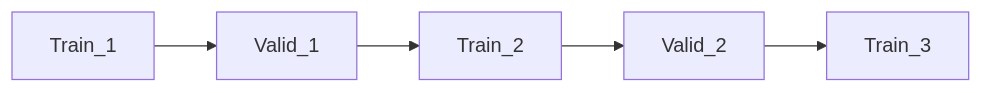
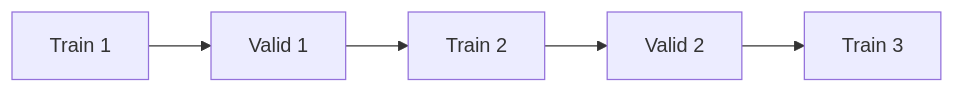
One commit to goldanghenry/Finances changed the second of 4 diagrams in 08-advanced/quant-investing-intro.md. Above: the diagram before and after it, drawn with Mermaid. The commit also changed other lines of this file and 211 other files, not shown here.

````diff
--- a/08-advanced/quant-investing-intro.md
+++ b/08-advanced/quant-investing-intro.md
@@ -218,7 +212,7 @@
 ```mermaid
 flowchart LR
-  T1[Train_1] --> V1[Valid_1]
-  V1 --> T2[Train_2]
-  T2 --> V2[Valid_2]
-  V2 --> T3[Train_3]
+  T1["Train 1"] --> V1["Valid 1"]
+  V1 --> T2["Train 2"]
+  T2 --> V2["Valid 2"]
+  V2 --> T3["Train 3"]
 ```
````
